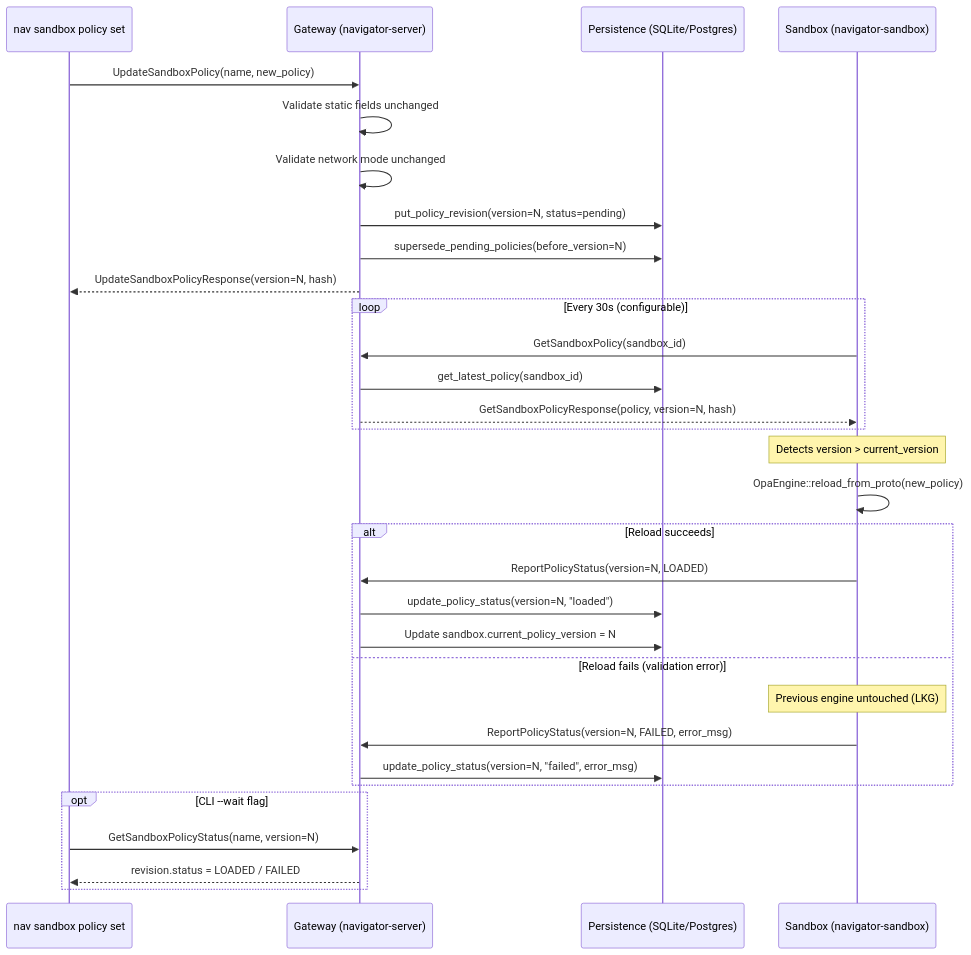
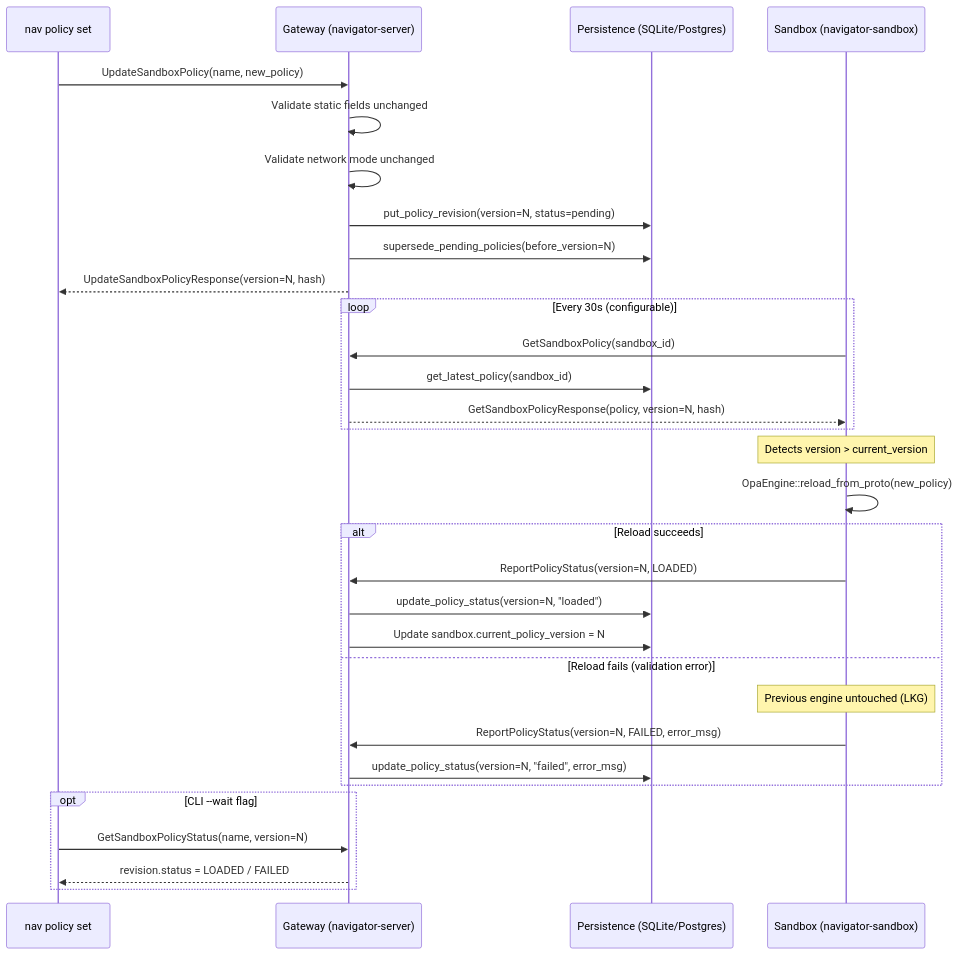
The second of 5 diagrams in architecture/security-policy.md (NVIDIA/OpenShell), drawn with Mermaid before and after one commit. The commit also changed other lines of this file and 24 other files, not shown here.

````diff
--- a/architecture/security-policy.md
+++ b/architecture/security-policy.md
@@ -104,38 +104,38 @@
 ```mermaid
 sequenceDiagram
-    participant CLI as nav sandbox policy set
+    participant CLI as nav policy set
     participant GW as Gateway (navigator-server)
     participant DB as Persistence (SQLite/Postgres)
     participant SB as Sandbox (navigator-sandbox)
 
     CLI->>GW: UpdateSandboxPolicy(name, new_policy)
     GW->>GW: Validate static fields unchanged
     GW->>GW: Validate network mode unchanged
     GW->>DB: put_policy_revision(version=N, status=pending)
     GW->>DB: supersede_pending_policies(before_version=N)
     GW-->>CLI: UpdateSandboxPolicyResponse(version=N, hash)
 
     loop Every 30s (configurable)
         SB->>GW: GetSandboxPolicy(sandbox_id)
         GW->>DB: get_latest_policy(sandbox_id)
         GW-->>SB: GetSandboxPolicyResponse(policy, version=N, hash)
     end
 
     Note over SB: Detects version > current_version
     SB->>SB: OpaEngine::reload_from_proto(new_policy)
 
     alt Reload succeeds
         SB->>GW: ReportPolicyStatus(version=N, LOADED)
         GW->>DB: update_policy_status(version=N, "loaded")
         GW->>DB: Update sandbox.current_policy_version = N
     else Reload fails (validation error)
         Note over SB: Previous engine untouched (LKG)
         SB->>GW: ReportPolicyStatus(version=N, FAILED, error_msg)
         GW->>DB: update_policy_status(version=N, "failed", error_msg)
     end
 
     opt CLI --wait flag
         CLI->>GW: GetSandboxPolicyStatus(name, version=N)
         GW-->>CLI: revision.status = LOADED / FAILED
     end
 ```
````
